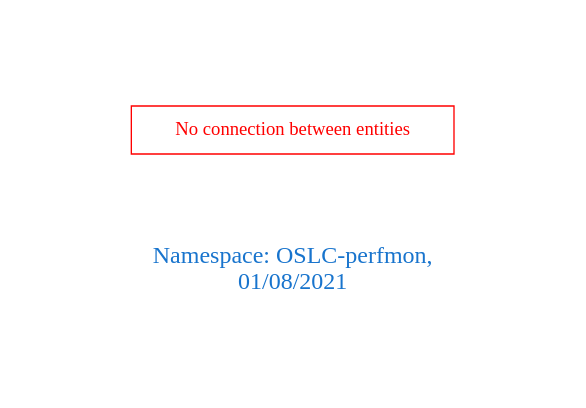
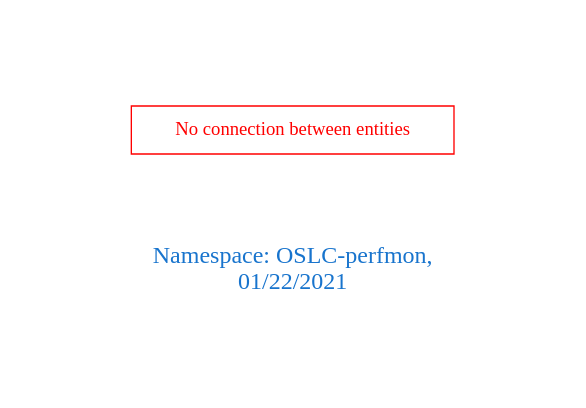
One commit to arago/OGIT changed the diagram in downloads/OSLC-perfmon.dot. Above: the diagram before and after it, drawn with Graphviz. The commit also changed 1847 other files, not shown here.

```diff
--- a/downloads/OSLC-perfmon.dot
+++ b/downloads/OSLC-perfmon.dot
@@ -1,9 +1,9 @@
 digraph OGIT_ontology {
  graph [ rankdir= LR,pad=1 
 fontsize = 18,
-fontcolor= dodgerblue3,label = "\n\n\nNamespace: OSLC-perfmon, \n 01/08/2021"];
+fontcolor= dodgerblue3,label = "\n\n\nNamespace: OSLC-perfmon, \n 01/22/2021"];
 node[shape=polygon];
 edge [  color="gray81"];
 
 "No connection between entities" [fontcolor = "red",color="red", shape="polygon"]
 }
```
